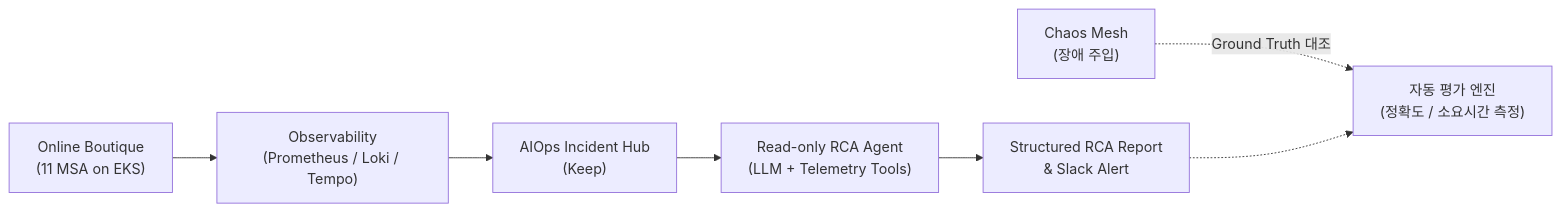
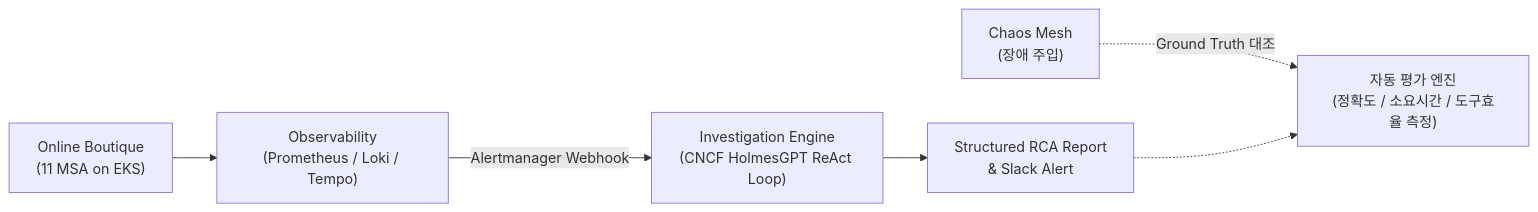
The diagram in README.md (kim001hs/msa-demo), drawn with Mermaid before and after one commit. The commit also changed other lines of this file and 10 other files, not shown here.

````diff
--- a/README.md
+++ b/README.md
@@ -18,10 +18,9 @@
 ```mermaid
 flowchart LR
     Apps["Online Boutique<br/>(11 MSA on EKS)"] --> Obs["Observability<br/>(Prometheus / Loki / Tempo)"]
-    Obs --> Keep["AIOps Incident Hub<br/>(Keep)"]
-    Keep --> Agent["Read-only RCA Agent<br/>(LLM + Telemetry Tools)"]
-    Agent --> Report["Structured RCA Report<br/>& Slack Alert"]
+    Obs -->|Alertmanager Webhook| Engine["Investigation Engine<br/>(CNCF HolmesGPT ReAct Loop)"]
+    Engine --> Report["Structured RCA Report<br/>& Slack Alert"]
     
-    Chaos["Chaos Mesh<br/>(장애 주입)"] -.->|Ground Truth 대조| Eval["자동 평가 엔진<br/>(정확도 / 소요시간 측정)"]
+    Chaos["Chaos Mesh<br/>(장애 주입)"] -.->|Ground Truth 대조| Eval["자동 평가 엔진<br/>(정확도 / 소요시간 / 도구효율 측정)"]
     Report -.-> Eval
 ```
````
